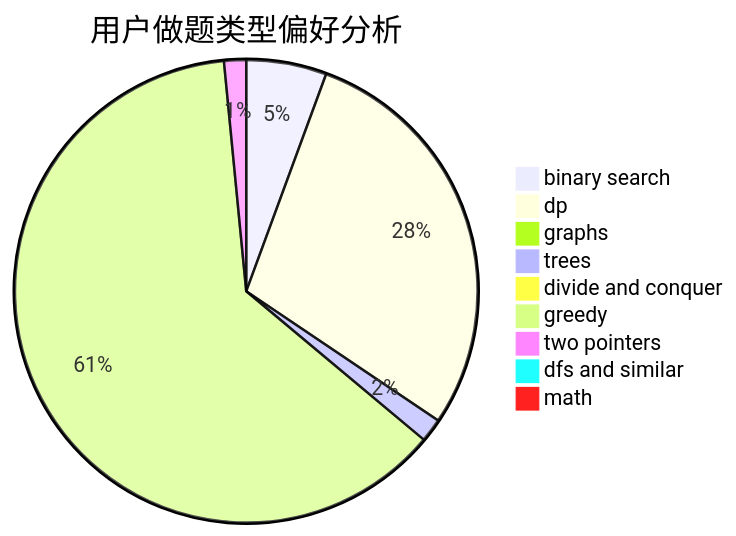
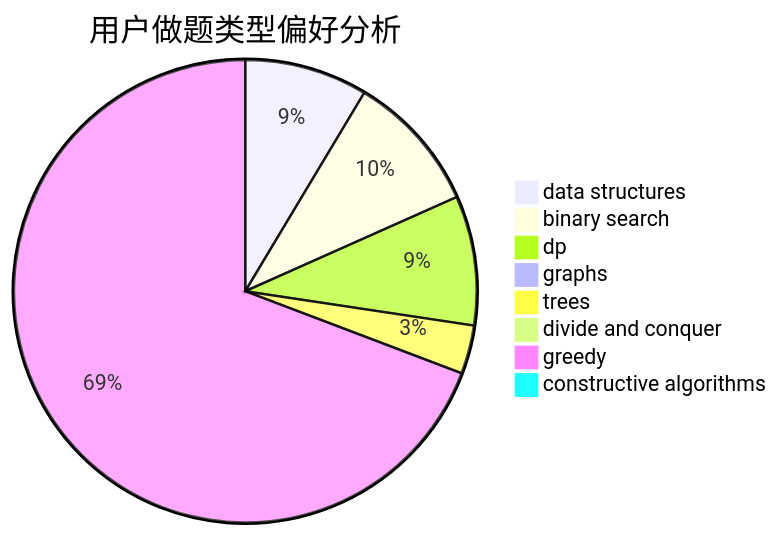
Before and after one commit to sherpahu/cfrs.github.io: the second of 3 diagrams in docs/user/u1518.md, drawn with Mermaid. The commit also changed other lines of this file and 2775 other files, not shown here.

````diff
--- a/docs/user/u1518.md
+++ b/docs/user/u1518.md
@@ -23,12 +23,11 @@
 ```mermaid
 pie title 用户做题类型偏好分析
-    "binary search" :  51
-    "dp" :  262
-    "graphs" :  2
+    "data structures" :  38
+    "binary search" :  43
+    "dp" :  40
+    "graphs" :  0
     "trees" :  15
-    "divide and conquer" :  7
-    "greedy" :  567
-    "two pointers" :  14
-    "dfs and similar" :  9
-    "math" :  9
+    "divide and conquer" :  0
+    "greedy" :  306
+    "constructive algorithms" :  0
 ```
````
